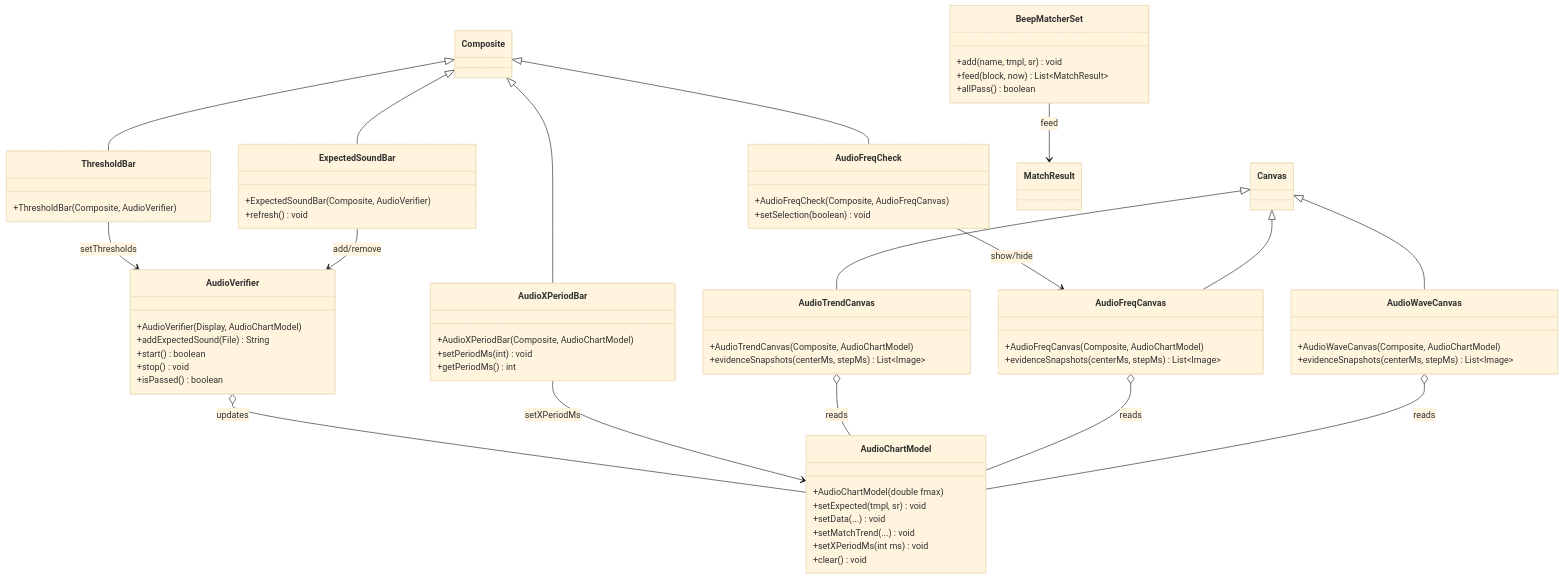
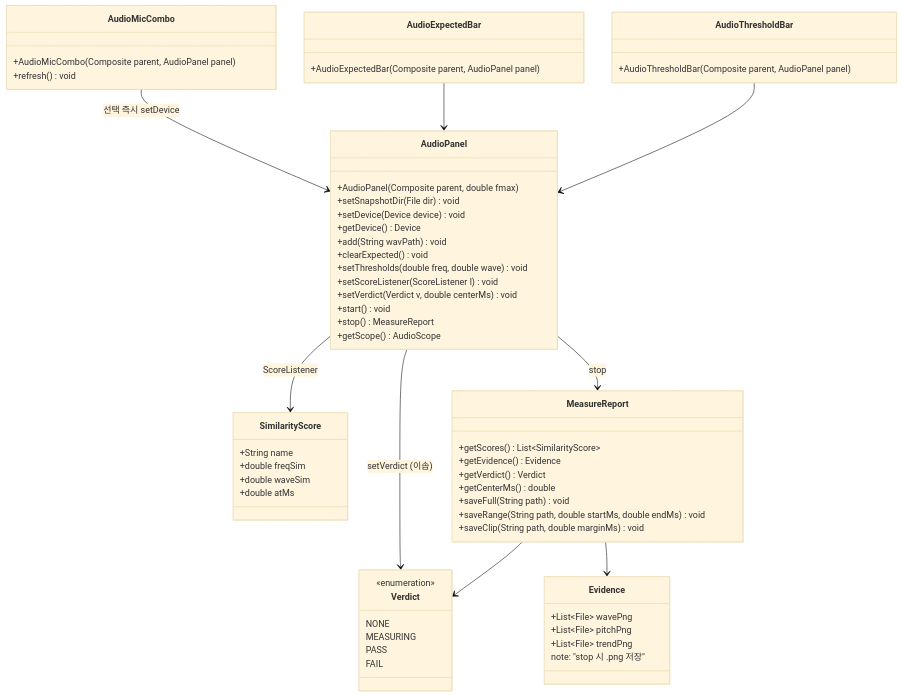
Before and after one commit to HanSeongDeok/APX_PoC: the first of 3 diagrams in poc/r158/apx_app_java/AUDIO_API.md, drawn with Mermaid (base theme). The commit also changed other lines of this file and 9 other files, not shown here.

````diff
--- a/poc/r158/apx_app_java/AUDIO_API.md
+++ b/poc/r158/apx_app_java/AUDIO_API.md
@@ -35,68 +42,64 @@
 ```mermaid
 classDiagram
-    class AudioChartModel {
-        +AudioChartModel(double fmax)
-        +setExpected(tmpl, sr) void
-        +setData(...) void
-        +setMatchTrend(...) void
-        +setXPeriodMs(int ms) void
-        +clear() void
+    class AudioPanel {
+        +AudioPanel(Composite parent, double fmax)
+        +setSnapshotDir(File dir) void
+        +setDevice(Device device) void
+        +getDevice() Device
+        +add(String wavPath) void
+        +clearExpected() void
+        +setThresholds(double freq, double wave) void
+        +setScoreListener(ScoreListener l) void
+        +setVerdict(Verdict v, double centerMs) void
+        +start() void
+        +stop() MeasureReport
+        +getScope() AudioScope
     }
-    class AudioWaveCanvas {
-        +AudioWaveCanvas(Composite, AudioChartModel)
-        +evidenceSnapshots(centerMs, stepMs) List~Image~
+    class SimilarityScore {
+        +String name
+        +double freqSim
+        +double waveSim
+        +double atMs
     }
-    class AudioFreqCanvas {
-        +AudioFreqCanvas(Composite, AudioChartModel)
-        +evidenceSnapshots(centerMs, stepMs) List~Image~
+    class Verdict {
+        <<enumeration>>
+        NONE
+        MEASURING
+        PASS
+        FAIL
     }
-    class AudioTrendCanvas {
-        +AudioTrendCanvas(Composite, AudioChartModel)
-        +evidenceSnapshots(centerMs, stepMs) List~Image~
-    }
-    class AudioFreqCheck {
-        +AudioFreqCheck(Composite, AudioFreqCanvas)
-        +setSelection(boolean) void
-    }
-    class ExpectedSoundBar {
-        +ExpectedSoundBar(Composite, AudioVerifier)
+    class AudioMicCombo {
+        +AudioMicCombo(Composite parent, AudioPanel panel)
         +refresh() void
     }
-    class ThresholdBar {
-        +ThresholdBar(Composite, AudioVerifier)
+    class AudioExpectedBar {
+        +AudioExpectedBar(Composite parent, AudioPanel panel)
     }
-    class AudioXPeriodBar {
-        +AudioXPeriodBar(Composite, AudioChartModel)
-        +setPeriodMs(int) void
-        +getPeriodMs() int
+    class AudioThresholdBar {
+        +AudioThresholdBar(Composite parent, AudioPanel panel)
     }
-    class BeepMatcherSet {
-        +add(name, tmpl, sr) void
-        +feed(block, now) List~MatchResult~
-        +allPass() boolean
+    class MeasureReport {
+        +getScores() List~SimilarityScore~
+        +getEvidence() Evidence
+        +getVerdict() Verdict
+        +getCenterMs() double
+        +saveFull(String path) void
+        +saveRange(String path, double startMs, double endMs) void
+        +saveClip(String path, double marginMs) void
     }
-    class AudioVerifier {
-        +AudioVerifier(Display, AudioChartModel)
-        +addExpectedSound(File) String
-        +start() boolean
-        +stop() void
-        +isPassed() boolean
+    class Evidence {
+        +List~File~ wavePng
+        +List~File~ pitchPng
+        +List~File~ trendPng
+        note: "stop 시 .png 저장"
     }
 
-    Canvas <|-- AudioWaveCanvas
-    Canvas <|-- AudioFreqCanvas
-    Canvas <|-- AudioTrendCanvas
-    Composite <|-- AudioFreqCheck
-    Composite <|-- ExpectedSoundBar
-    Composite <|-- ThresholdBar
-    Composite <|-- AudioXPeriodBar
-    AudioWaveCanvas o-- AudioChartModel : reads
-    AudioFreqCanvas o-- AudioChartModel : reads
-    AudioTrendCanvas o-- AudioChartModel : reads
-    AudioFreqCheck --> AudioFreqCanvas : show/hide
-    ExpectedSoundBar --> AudioVerifier : add/remove
-    ThresholdBar --> AudioVerifier : setThresholds
-    AudioXPeriodBar --> AudioChartModel : setXPeriodMs
-    AudioVerifier o-- AudioChartModel : updates
-    BeepMatcherSet --> MatchResult : feed
+    AudioPanel --> SimilarityScore : ScoreListener
+    AudioPanel --> Verdict : setVerdict (이솝)
+    AudioPanel --> MeasureReport : stop
+    MeasureReport --> Evidence
+    MeasureReport --> Verdict
+    AudioMicCombo --> AudioPanel : 선택 즉시 setDevice
+    AudioExpectedBar --> AudioPanel
+    AudioThresholdBar --> AudioPanel
 ```
````
